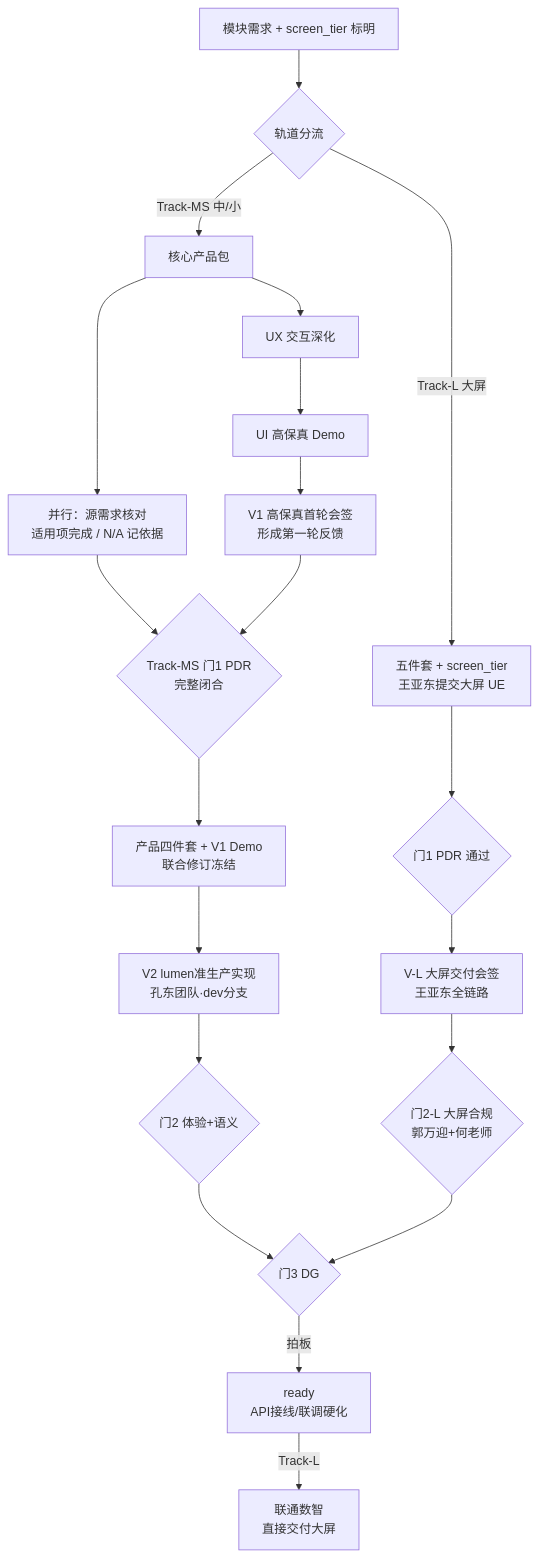
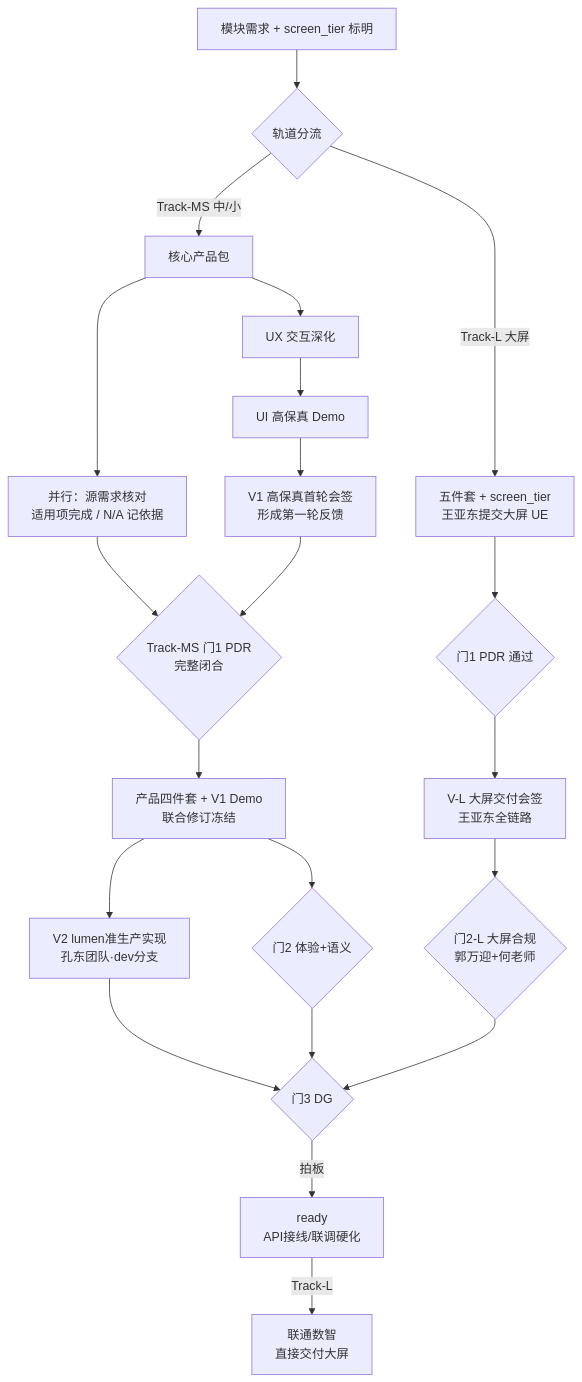
Before and after one commit to Marisolebxf/-: the second of 2 diagrams in agent-delivery/产品定义评审规程.md, drawn with Mermaid. The commit also changed other lines of this file and 9 other files, not shown here.

````diff
--- a/agent-delivery/产品定义评审规程.md
+++ b/agent-delivery/产品定义评审规程.md
@@ -277,25 +311,25 @@
 ```mermaid
 flowchart TB
   SRC["模块需求 + screen_tier 标明"] --> BR{"轨道分流"}
 
   BR -->|Track-MS 中/小| P0["核心产品包"]
   P0 --> UX["UX 交互深化"]
   UX --> UI["UI 高保真 Demo"]
   UI --> V1R1["V1 高保真首轮会签\n形成第一轮反馈"]
   P0 --> SEM["并行：源需求核对\n适用项完成 / N/A 记依据"]
   SEM --> G1MS{"Track-MS 门1 PDR\n完整闭合"}
   V1R1 --> G1MS
   G1MS --> FREEZE["产品四件套 + V1 Demo\n联合修订冻结"]
   FREEZE --> V2["V2 lumen准生产实现\n孔东团队·dev分支"]
-  V2 --> G2{"门2 体验+语义"}
+  FREEZE --> G2{"门2 体验+语义"}
+  V2 --> G3{"门3 DG"}
+  G2 --> G3
 
   BR -->|Track-L 大屏| LDEF["五件套 + screen_tier\n王亚东提交大屏 UE"]
   LDEF --> G1L{"门1 PDR 通过"}
   G1L --> VL["V-L 大屏交付会签\n王亚东全链路"]
   VL --> G2L{"门2-L 大屏合规\n郭万迎+何老师"}
-
-  G2 --> G3{"门3 DG"}
   G2L --> G3
   G3 -->|拍板| RDY["ready\nAPI接线/联调硬化"]
   RDY -->|Track-L| LARGE["联通数智\n直接交付大屏"]
 ```
````
